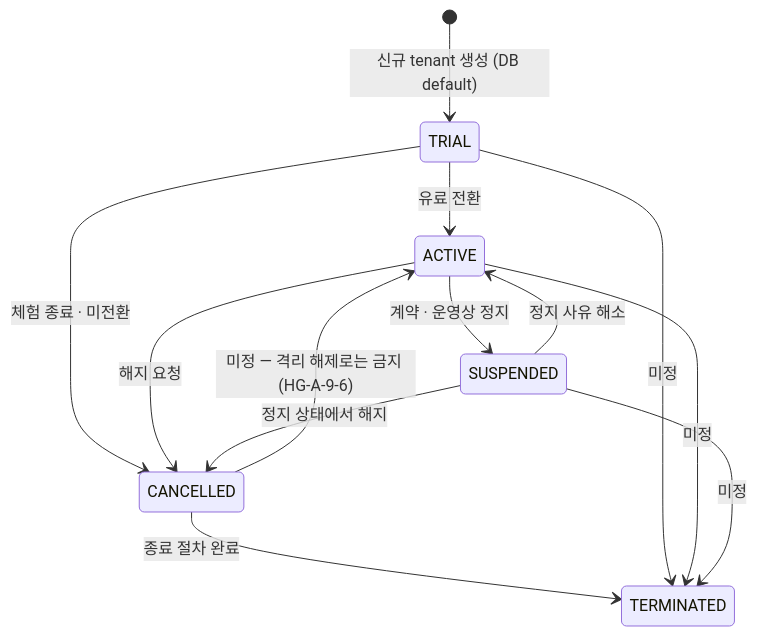
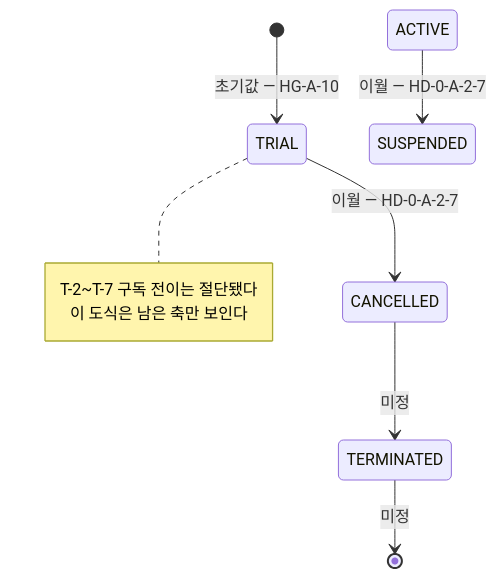
The first of 7 diagrams in docs/600000_implementation_lifecycle/601800_tenant_lifecycle_rpc_alignment/601803_Diagram_Tenant_Lifecycle_State_Machine.md (mirunubi/yoonsul_wait_order_handoff), drawn with Mermaid before and after one commit. The commit also changed other lines of this file, not shown here.

````diff
--- a/docs/600000_implementation_lifecycle/601800_tenant_lifecycle_rpc_alignment/601803_Diagram_Tenant_Lifecycle_State_Machine.md
+++ b/docs/600000_implementation_lifecycle/601800_tenant_lifecycle_rpc_alignment/601803_Diagram_Tenant_Lifecycle_State_Machine.md
@@ -64,15 +113,12 @@
 ```mermaid
 stateDiagram-v2
-    [*] --> TRIAL : 신규 tenant 생성 (DB default)
-    TRIAL --> ACTIVE : 유료 전환
-    TRIAL --> CANCELLED : 체험 종료 · 미전환
-    ACTIVE --> SUSPENDED : 계약 · 운영상 정지
-    SUSPENDED --> ACTIVE : 정지 사유 해소
-    ACTIVE --> CANCELLED : 해지 요청
-    SUSPENDED --> CANCELLED : 정지 상태에서 해지
-    CANCELLED --> TERMINATED : 종료 절차 완료
-    TRIAL --> TERMINATED : 미정
-    ACTIVE --> TERMINATED : 미정
-    SUSPENDED --> TERMINATED : 미정
-    CANCELLED --> ACTIVE : 미정 — 격리 해제로는 금지 (HG-A-9-6)
+    [*] --> TRIAL : 초기값 — HG-A-10
+    TRIAL --> CANCELLED : 이월 — HD-0-A-2-7
+    ACTIVE --> SUSPENDED : 이월 — HD-0-A-2-7
+    CANCELLED --> TERMINATED : 미정
+    TERMINATED --> [*] : 미정
+    note right of TRIAL
+      T-2~T-7 구독 전이는 절단됐다
+      이 도식은 남은 축만 보인다
+    end note
 ```
````
